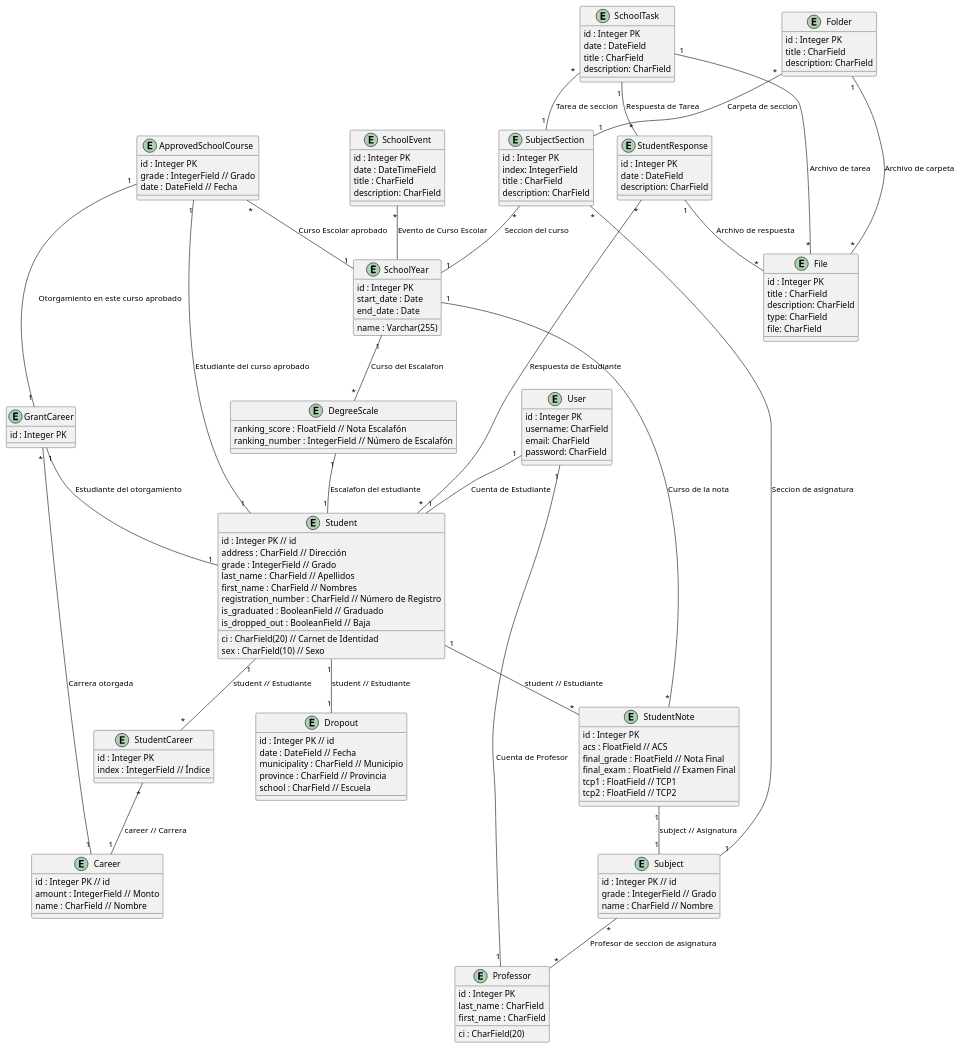
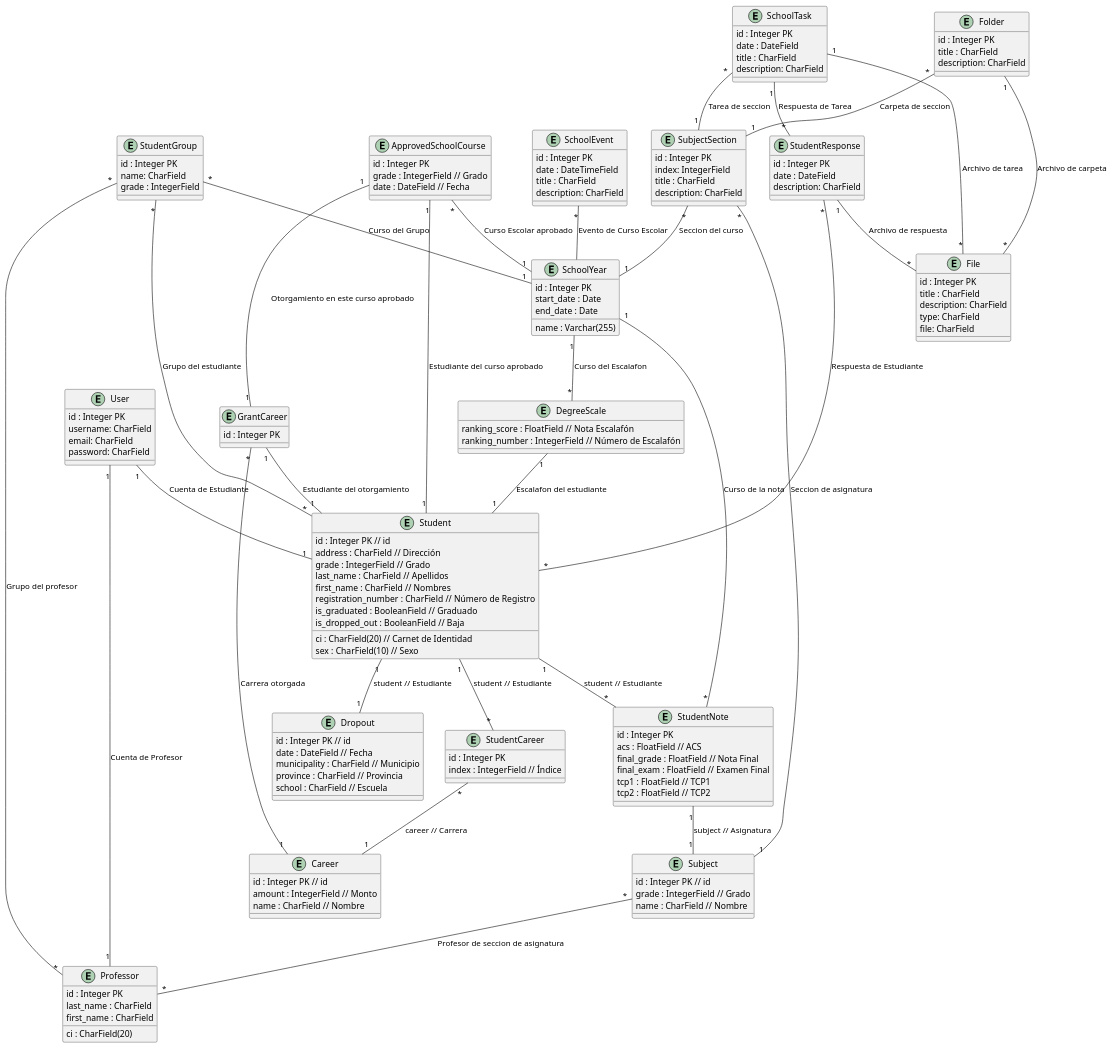
The diagram in docs/diagrams/src/architecture_overview.wsd (critBus/notas_estudiantes_back_drf), drawn with PlantUML before and after one commit. The commit also changed 6 other files, not shown here.

```diff
--- a/docs/diagrams/src/architecture_overview.wsd
+++ b/docs/diagrams/src/architecture_overview.wsd
@@ -1,173 +1,183 @@
 @startuml
 
 entity Student {
     id : Integer PK // id
     ci : CharField(20) // Carnet de Identidad
     address : CharField // Dirección
     grade : IntegerField // Grado
     last_name : CharField // Apellidos
     first_name : CharField // Nombres
     registration_number : CharField // Número de Registro
     sex : CharField(10) // Sexo
     is_graduated : BooleanField // Graduado
     is_dropped_out : BooleanField // Baja
 }
 
 entity Dropout {
     id : Integer PK // id
     date : DateField // Fecha
     municipality : CharField // Municipio
     province : CharField // Provincia
     school : CharField // Escuela
 }
 
 entity Career {
     id : Integer PK // id
     amount : IntegerField // Monto
     name : CharField // Nombre
 }
 
 
 entity Subject {
     id : Integer PK // id
     grade : IntegerField // Grado
     name : CharField // Nombre
 }
 
 entity SchoolYear {
     id : Integer PK
     start_date : Date
     end_date : Date
     name : Varchar(255)
 }
 
 
 entity StudentNote {
     id : Integer PK
     acs : FloatField // ACS
     final_grade : FloatField // Nota Final
     final_exam : FloatField // Examen Final
     tcp1 : FloatField // TCP1
     tcp2 : FloatField // TCP2
 }
 
 
 
 entity StudentCareer {
     id : Integer PK
     index : IntegerField // Índice
 }
 
 entity DegreeScale {
     ranking_score : FloatField // Nota Escalafón
     ranking_number : IntegerField // Número de Escalafón
 }
 entity GrantCareer{
     id : Integer PK
 }
 
 entity ApprovedSchoolCourse{
     id : Integer PK
     grade : IntegerField // Grado
     date : DateField // Fecha
 }
 
 entity SubjectSection{
     id : Integer PK
     index: IntegerField
     title : CharField
     description: CharField
 }
 entity Folder{
     id : Integer PK
     title : CharField
     description: CharField
 }
 entity File{
     id : Integer PK
     title : CharField
     description: CharField
     type: CharField
     file: CharField
 }
 entity Professor {
     id : Integer PK
     ci : CharField(20)
     last_name : CharField
     first_name : CharField
 }
 
 entity SchoolTask{
     id : Integer PK
     date : DateField
     title : CharField
     description: CharField
 }
 entity StudentResponse{
     id : Integer PK
     date : DateField
     description: CharField
 }
 
 
 
 entity SchoolEvent {
     id : Integer PK
     date : DateTimeField
     title : CharField
     description: CharField
 }
 
 entity User{
     id : Integer PK
     username: CharField
     email: CharField
     password: CharField
 }
 
+entity StudentGroup {
+    id : Integer PK
+    name: CharField
+    grade : IntegerField 
+}
+
+StudentGroup "*" -- "*" Student: Grupo del estudiante
+StudentGroup "*" -- "*" Professor: Grupo del profesor
+StudentGroup "*" -- "1" SchoolYear : Curso del Grupo
+
 User "1" -- "1" Professor : Cuenta de Profesor
 User "1" -- "1" Student : Cuenta de Estudiante
 
 
 
 
 SchoolEvent "*" -- SchoolYear : Evento de Curso Escolar
 
 SubjectSection "*" -- "1" SchoolYear : Seccion del curso
 SubjectSection "*" -- "1" Subject : Seccion de asignatura
 SchoolTask "*" -- "1" SubjectSection : Tarea de seccion
 
 Folder "*" -- "1" SubjectSection : Carpeta de seccion
 Folder "1" -- "*" File : Archivo de carpeta
 
 SchoolTask "1" -- "*" File : Archivo de tarea
 SchoolTask "1" -- "*" StudentResponse : Respuesta de Tarea
 
 StudentResponse "1" -- "*" File : Archivo de respuesta
 StudentResponse "*" -- "*" Student : Respuesta de Estudiante
 
 Subject "*" -- "*" Professor : Profesor de seccion de asignatura
 
 ApprovedSchoolCourse "1" -- "1" Student : Estudiante del curso aprobado
 ApprovedSchoolCourse "*" -- "1" SchoolYear : Curso Escolar aprobado
 ApprovedSchoolCourse "1" -- "1" GrantCareer : Otorgamiento en este curso aprobado
 
 GrantCareer "1" -- "1" Student : Estudiante del otorgamiento
 GrantCareer "*" -- "1" Career : Carrera otorgada
 
 
 SchoolYear "1" -- "*" DegreeScale :  Curso del Escalafon
 SchoolYear "1" -- "*" StudentNote : Curso de la nota
 
 DegreeScale "1" -- "1" Student : Escalafon del estudiante
 
 Student "1" -- "1" Dropout : student // Estudiante
 Student "1" -- "*" StudentNote : student // Estudiante
 Student "1" -- "*" StudentCareer : student // Estudiante
 
 
 
 StudentNote "1" -- "1" Subject : subject // Asignatura
 StudentCareer "*" -- "1" Career : career // Carrera
 
 @enduml
```
